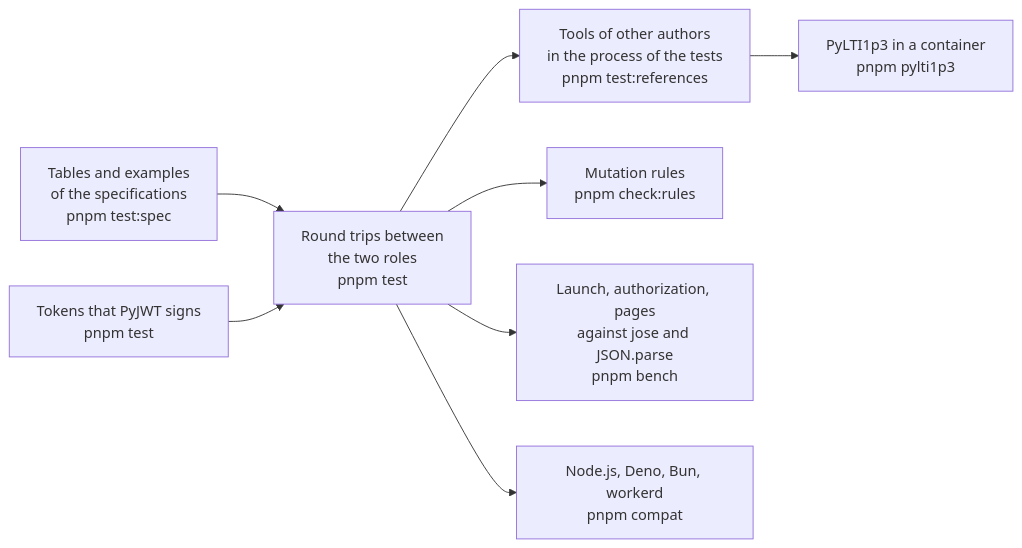
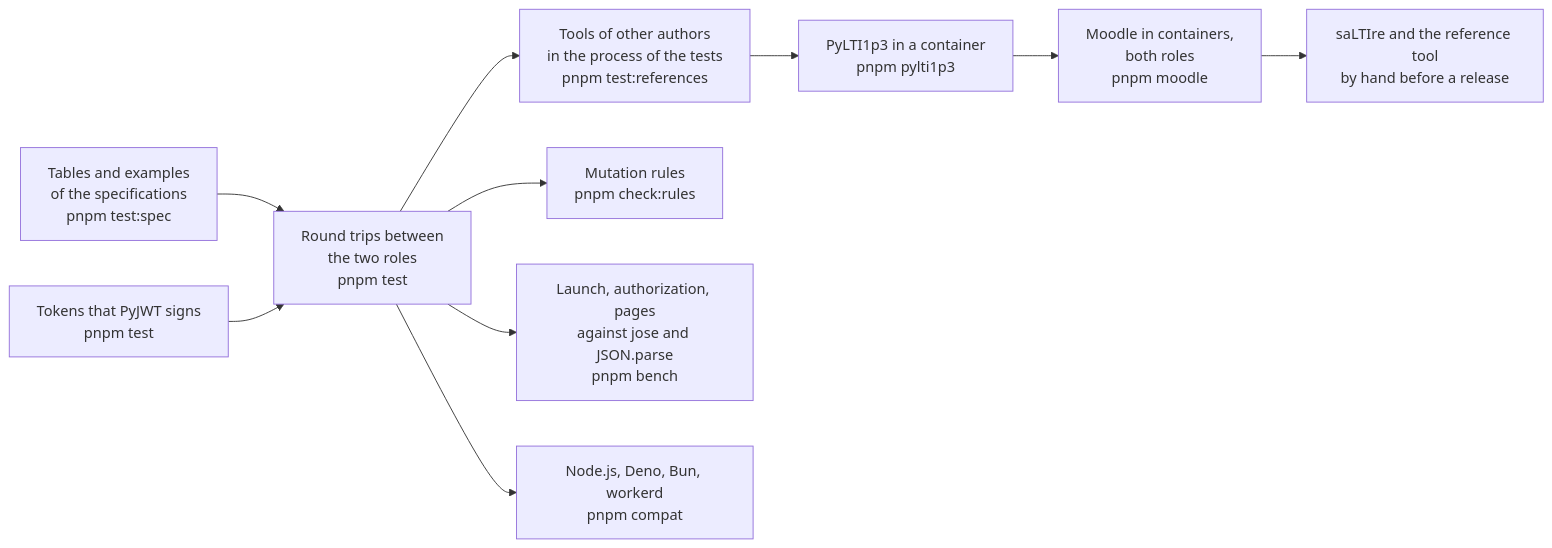
Before and after one commit to interopkit/interopkit: the diagram in docs/tool-integration/evidence.md, drawn with Mermaid. The commit also changed other lines of this file and 29 other files, not shown here.

First line of the commit message:
Run both roles of the package against Moodle in containers, and read what Moodle sends

````diff
--- a/docs/tool-integration/evidence.md
+++ b/docs/tool-integration/evidence.md
@@ -7,10 +7,12 @@
 ```mermaid
 flowchart LR
   spec["Tables and examples<br/>of the specifications<br/>pnpm test:spec"] --> trip["Round trips between<br/>the two roles<br/>pnpm test"]
   tokens["Tokens that PyJWT signs<br/>pnpm test"] --> trip
   trip --> process["Tools of other authors<br/>in the process of the tests<br/>pnpm test:references"]
   process --> py["PyLTI1p3 in a container<br/>pnpm pylti1p3"]
+  py --> moodle["Moodle in containers,<br/>both roles<br/>pnpm moodle"]
+  moodle --> hand["saLTIre and the reference tool<br/>by hand before a release"]
   trip --> rules["Mutation rules<br/>pnpm check:rules"]
   trip --> speed["Launch, authorization, pages<br/>against jose and JSON.parse<br/>pnpm bench"]
   trip --> runtimes["Node.js, Deno, Bun, workerd<br/>pnpm compat"]
 ```
````
